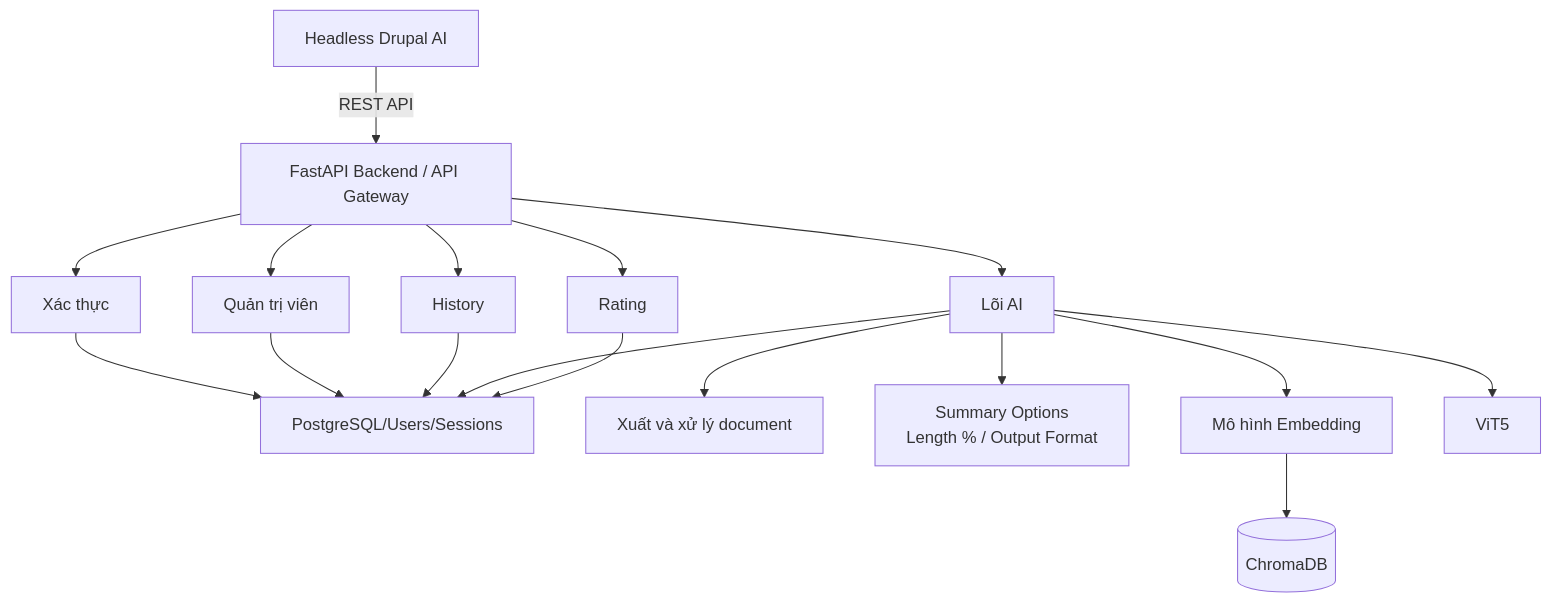
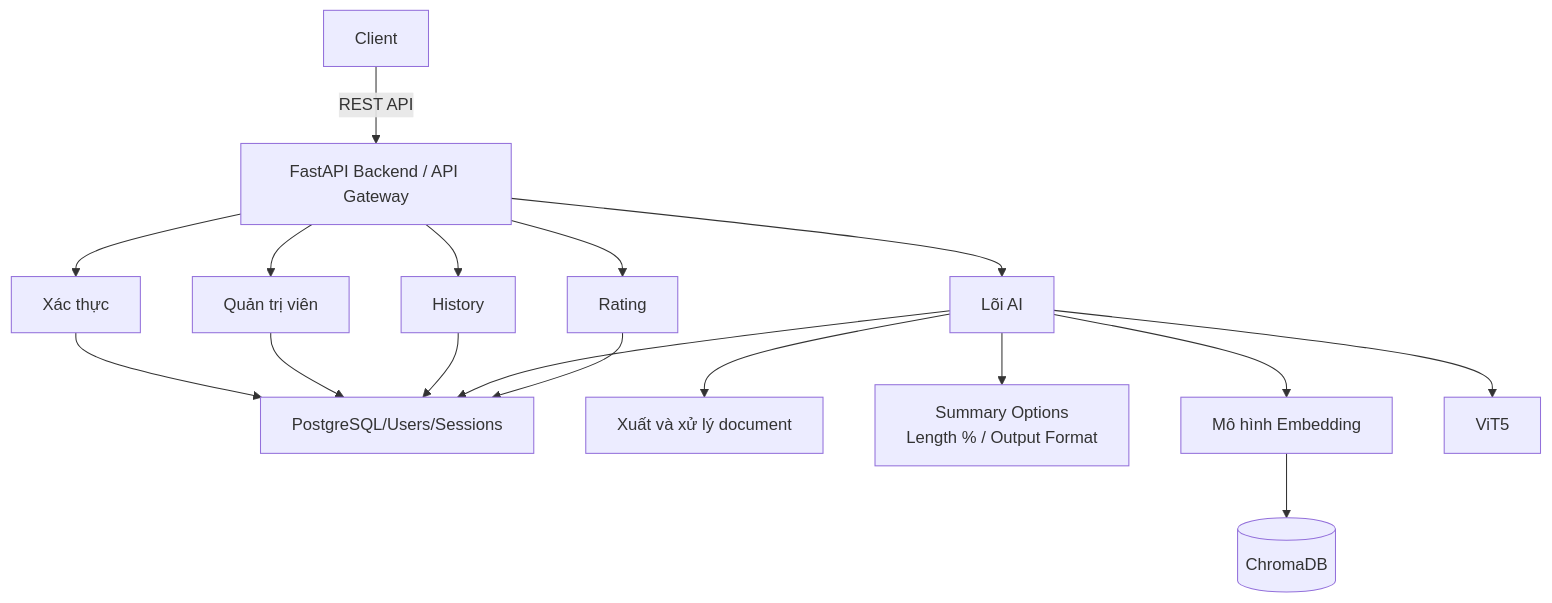
The first of 8 diagrams in README.md (kienng221105/Summarize-Vietnamese-Text), drawn with Mermaid before and after one commit. The commit also changed other lines of this file and 12 other files, not shown here.

````diff
--- a/README.md
+++ b/README.md
@@ -9,25 +9,25 @@
 ```mermaid
 flowchart TD
 
-  Client[Headless Drupal AI] -->|REST API| API[FastAPI Backend / API Gateway]
+  Client -->|REST API| API[FastAPI Backend / API Gateway]
 
   API --> Auth[Xác thực]
   API --> Admin[Quản trị viên]
   API --> Core[Lõi AI]
   API --> History
   API --> Rating
 
   Auth --> RDB[PostgreSQL/Users/Sessions]
   Admin --> RDB
   History --> RDB
   Core --> RDB
   Rating --> RDB
   Core --> ExtProcessor[Xuất và xử lý document]
 
   Core --> Options[Summary Options<br/>Length % / Output Format]
 
   Core --> Embed[Mô hình Embedding]
   Embed --> VDB[(ChromaDB)]
 
   Core --> ViT5[ViT5]
 ```
````
